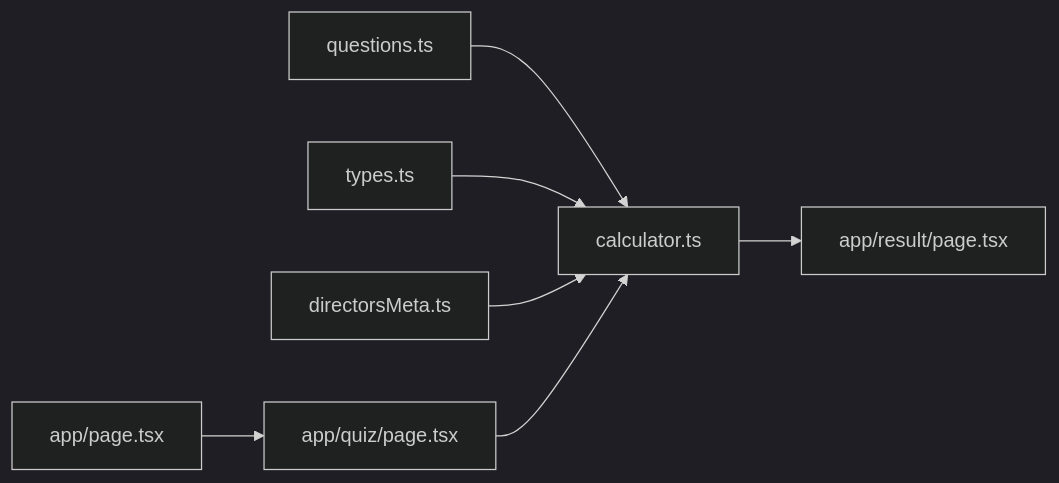
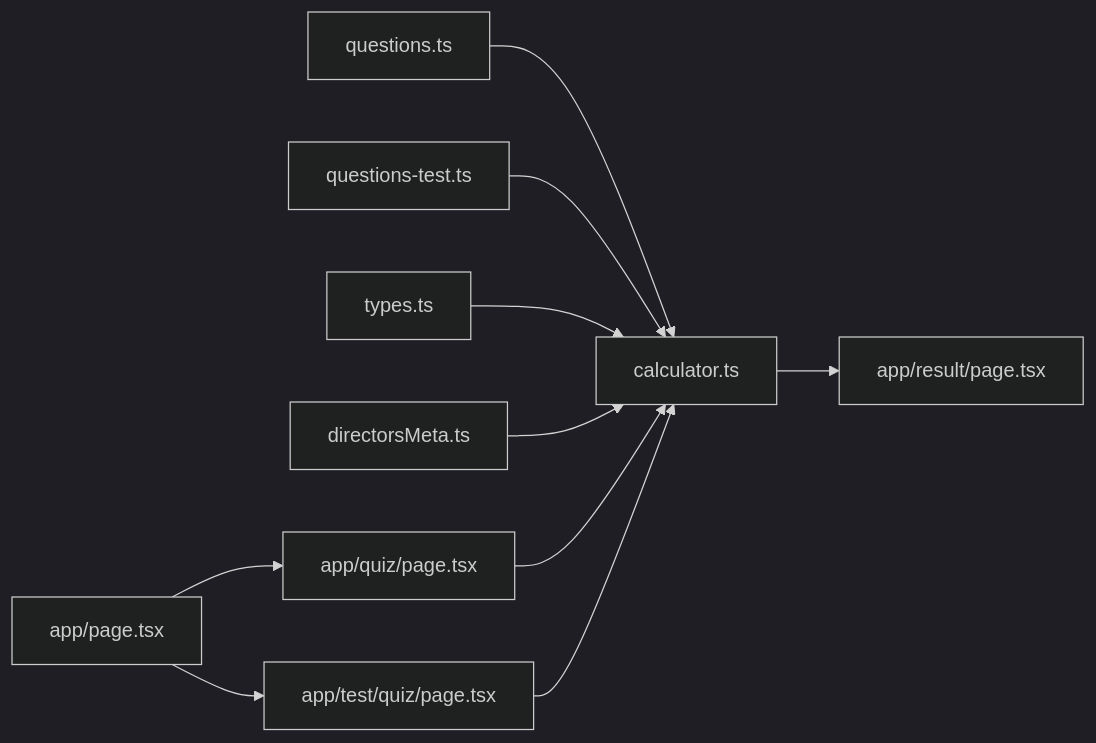
Before and after one commit to Dragon0412/fbti-app: the third of 3 diagrams in .qoder/repowiki/zh/content/数据模型设计/问题数据结构.md, drawn with Mermaid (dark theme). The commit also changed other lines of this file and 14 other files, not shown here.

````diff
--- a/.qoder/repowiki/zh/content/数据模型设计/问题数据结构.md
+++ b/.qoder/repowiki/zh/content/数据模型设计/问题数据结构.md
@@ -295,9 +308,12 @@
 ```mermaid
 graph LR
 Q["questions.ts"] --> C["calculator.ts"]
+QT["questions-test.ts"] --> C
 T["types.ts"] --> C
 DM["directorsMeta.ts"] --> C
 C --> R["app/result/page.tsx"]
 HP["app/page.tsx"] --> QZ["app/quiz/page.tsx"]
+HP --> TP["app/test/quiz/page.tsx"]
 QZ --> C
+TP --> C
 ```
````
